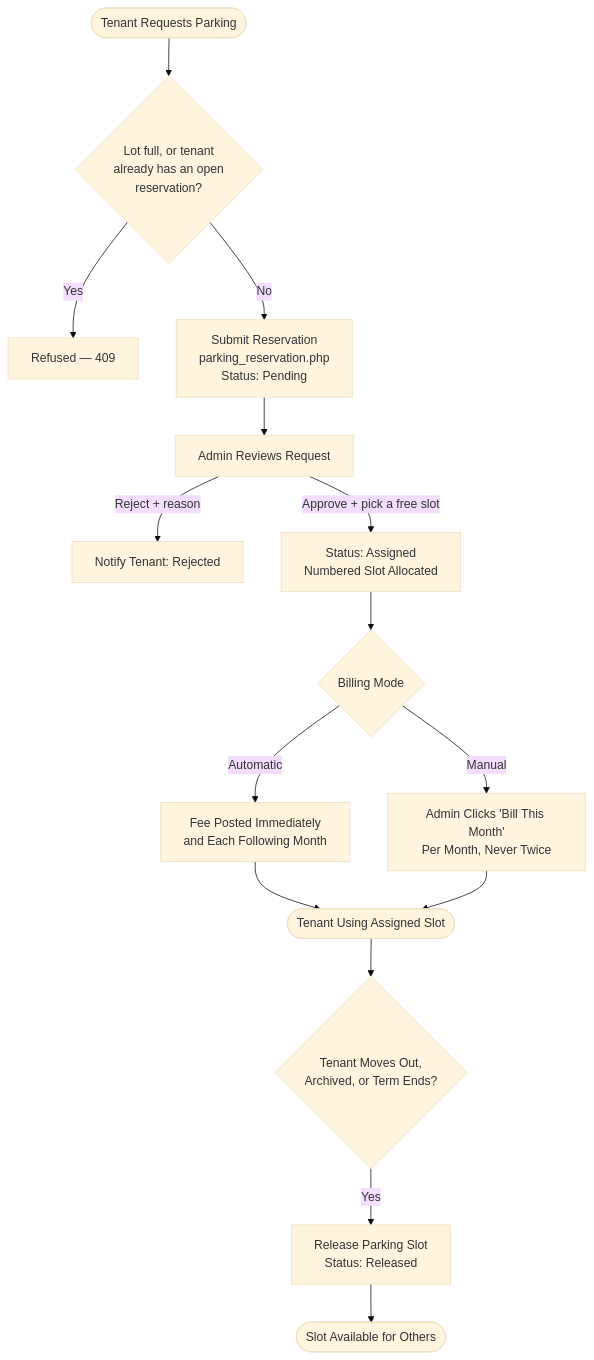
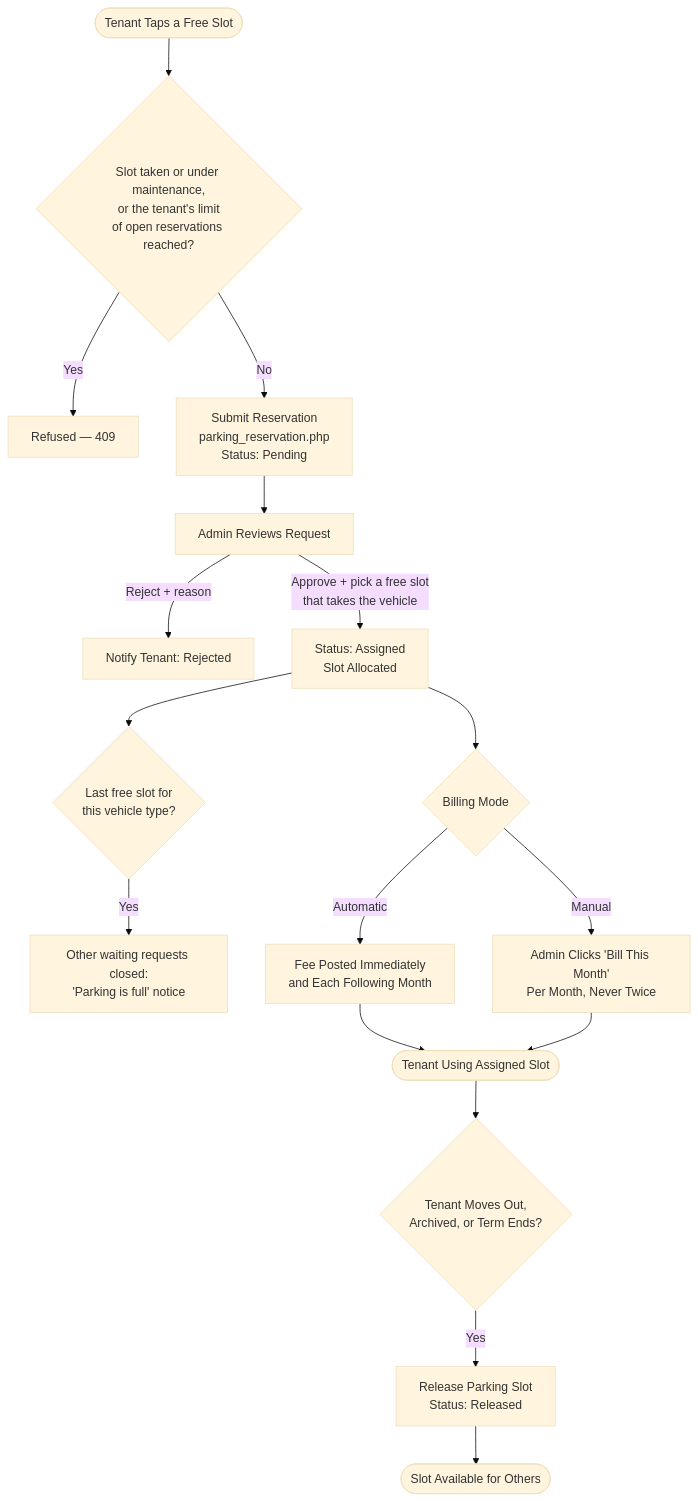
One commit to Keonbe/ApartmentManagementSystem_React changed the ninth of 11 diagrams in docs/features/panelist_feature_checklist.md. Above: the diagram before and after it, drawn with Mermaid (base theme). The commit also changed other lines of this file and 33 other files, not shown here.

````diff
--- a/docs/features/panelist_feature_checklist.md
+++ b/docs/features/panelist_feature_checklist.md
@@ -290,17 +290,19 @@
 ```mermaid
 flowchart TD
-    A(["Tenant Requests Parking"]) --> B{"Lot full, or tenant<br/>already has an open<br/>reservation?"}
+    A(["Tenant Taps a Free Slot"]) --> B{"Slot taken or under maintenance,<br/>or the tenant's limit<br/>of open reservations reached?"}
     B -->|Yes| E["Refused — 409"]
     B -->|No| C["Submit Reservation<br/>parking_reservation.php<br/>Status: Pending"]
     C --> F["Admin Reviews Request"]
     F -->|Reject + reason| G["Notify Tenant: Rejected"]
-    F -->|Approve + pick a free slot| H["Status: Assigned<br/>Numbered Slot Allocated"]
+    F -->|Approve + pick a free slot<br/>that takes the vehicle| H["Status: Assigned<br/>Slot Allocated"]
+    H --> FULL{"Last free slot for<br/>this vehicle type?"}
+    FULL -->|Yes| FULL2["Other waiting requests closed:<br/>'Parking is full' notice"]
     H --> I{"Billing Mode"}
     I -->|Automatic| I1["Fee Posted Immediately<br/>and Each Following Month"]
     I -->|Manual| I2["Admin Clicks 'Bill This Month'<br/>Per Month, Never Twice"]
     I1 --> J(["Tenant Using Assigned Slot"])
     I2 --> J
     J --> K{"Tenant Moves Out,<br/>Archived, or Term Ends?"}
     K -->|Yes| L["Release Parking Slot<br/>Status: Released"]
     L --> M(["Slot Available for Others"])
 ```
````
